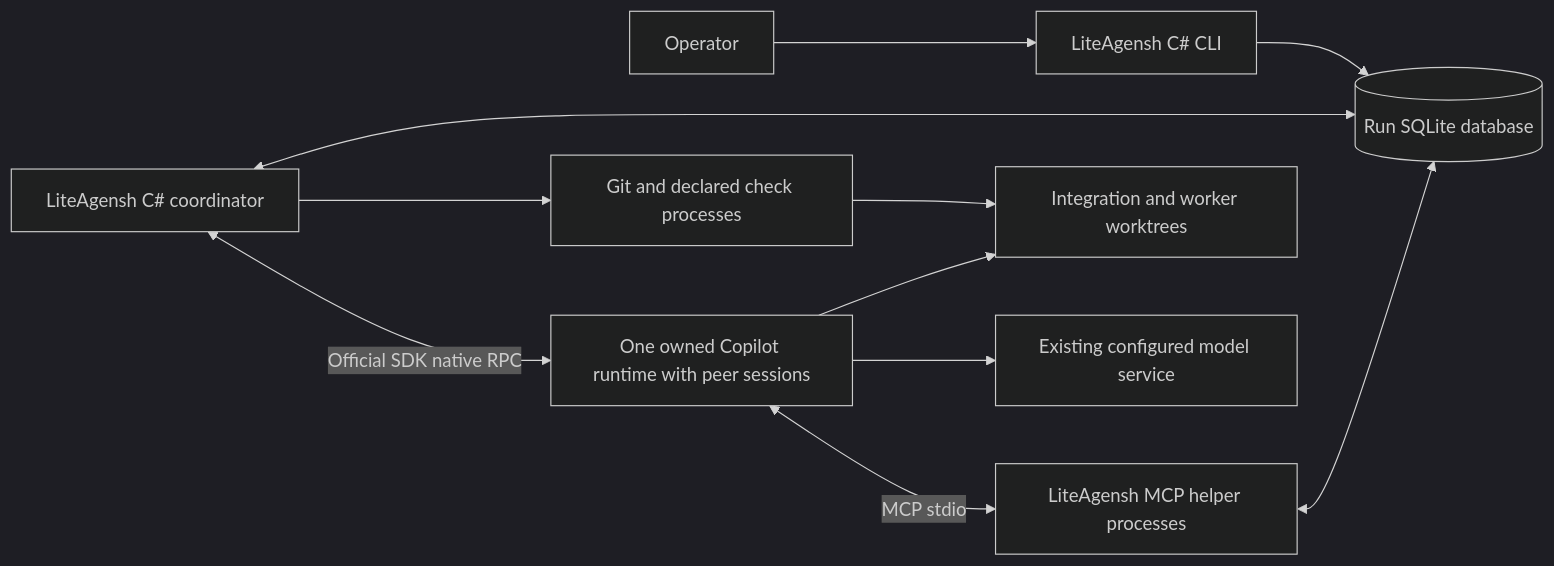
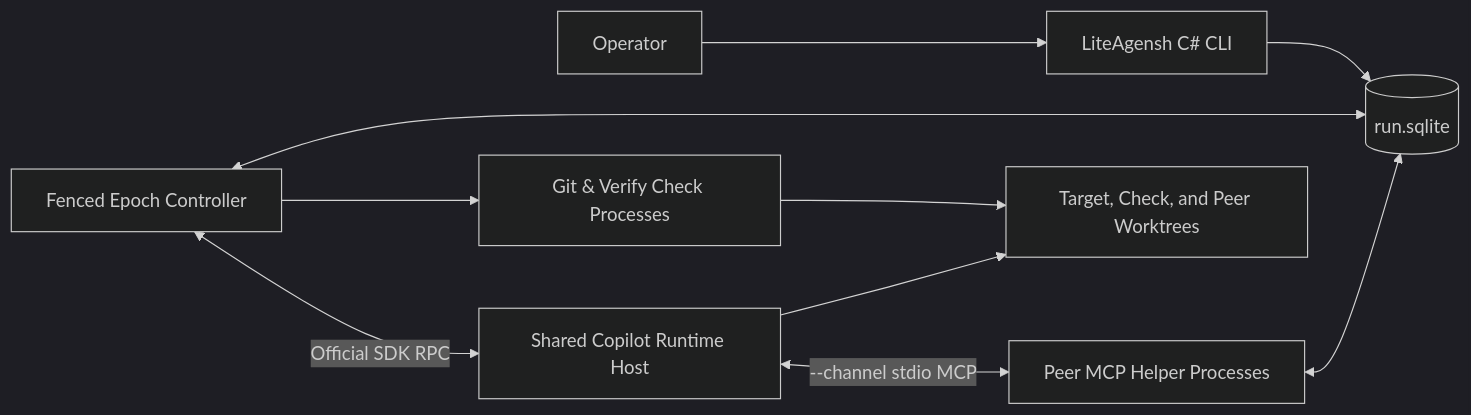
Before and after one commit to hcoona/three: the diagram in src/private/app/lite-agensh/docs/architecture.md, drawn with Mermaid (dark theme). The commit also changed other lines of this file and 21 other files, not shown here.

First line of the commit message:
feat(lite-agensh): Model 2D TLA+ Refinement Lattice and Contract Records (#1949)

````diff
--- a/src/private/app/lite-agensh/docs/architecture.md
+++ b/src/private/app/lite-agensh/docs/architecture.md
@@ -19,13 +75,12 @@
 ```mermaid
 flowchart LR
     owner[Operator] --> cli[LiteAgensh C# CLI]
-    cli --> db[(Run SQLite database)]
-    coordinator[LiteAgensh C# coordinator] <--> db
-    coordinator <-->|Official SDK native RPC| agents[One owned Copilot runtime with peer sessions]
-    agents <-->|MCP stdio| helpers[LiteAgensh MCP helper processes]
-    helpers <--> db
-    coordinator --> git[Git and declared check processes]
-    git --> trees[Integration and worker worktrees]
-    agents --> trees
-    agents --> provider[Existing configured model service]
+    cli --> db[(run.sqlite)]
+    coord[Fenced Epoch Controller] <--> db
+    coord <-->|Official SDK RPC| rt[Shared Copilot Runtime Host]
+    rt <-->|--channel stdio MCP| mcp[Peer MCP Helper Processes]
+    mcp <--> db
+    coord --> git[Git & Verify Check Processes]
+    git --> trees[Target, Check, and Peer Worktrees]
+    rt --> trees
 ```
````
